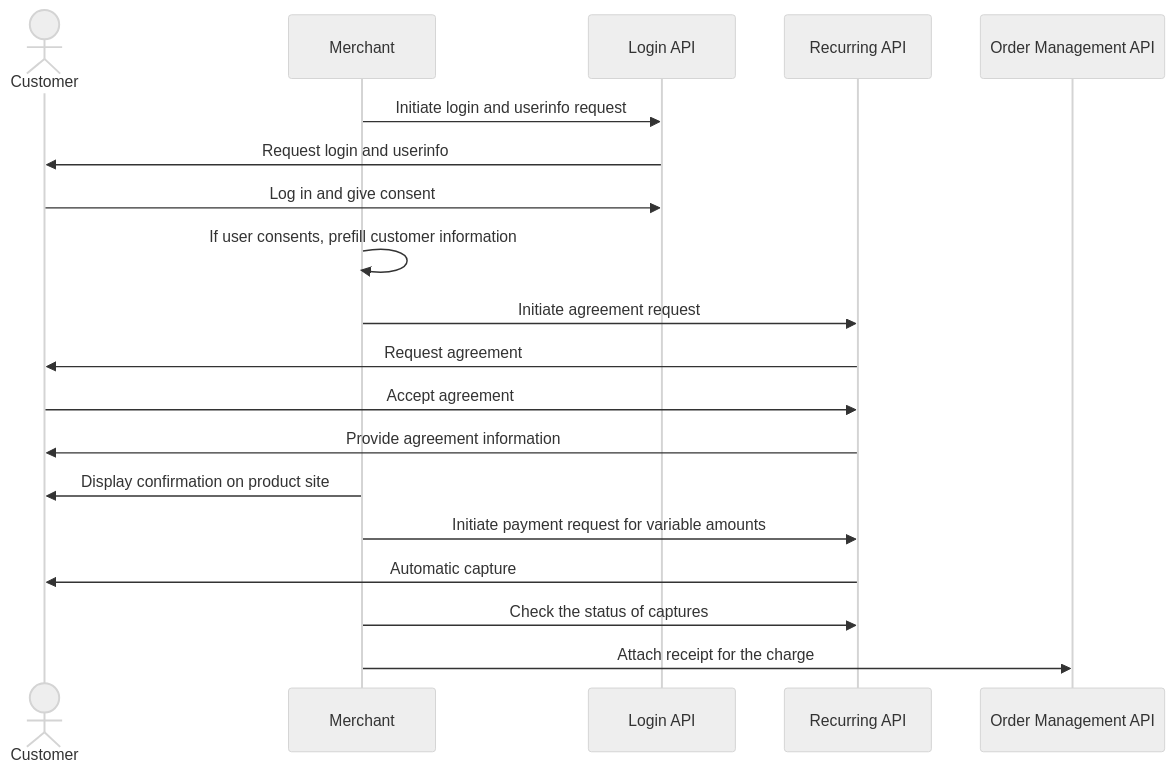
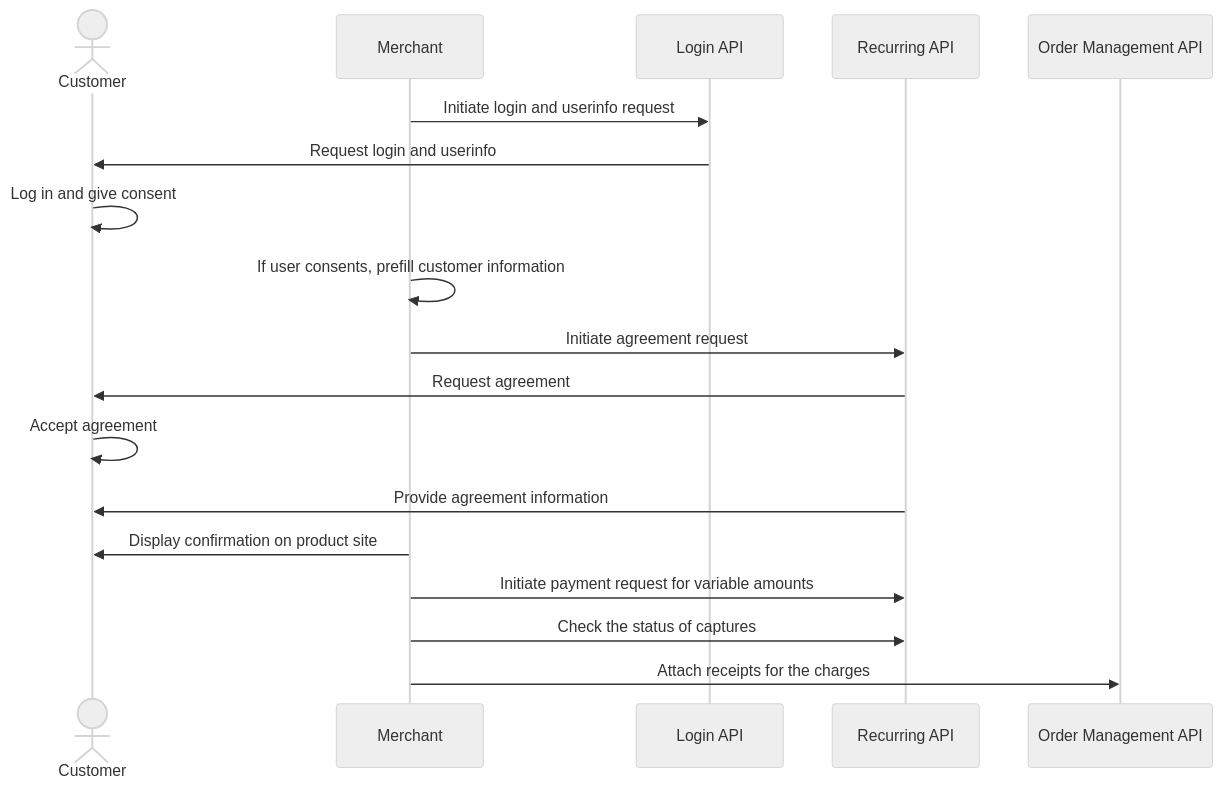
Before and after one commit to vippsas/vipps-solutions: the diagram in parking/README.md, drawn with Mermaid (neutral theme). The commit also changed 17 other files, not shown here.

Commit message:
Updates for customer approving and consenting in sequence diagrams

````diff
--- a/parking/README.md
+++ b/parking/README.md
@@ -217,22 +217,21 @@
 ``` mermaid
 sequenceDiagram
     actor C as Customer
     participant M as Merchant
     participant Login as Login API
     participant Recurring as Recurring API
     participant ordermanagement as Order Management API
 
     M->>Login: Initiate login and userinfo request
     Login->>C: Request login and userinfo
-    C->>Login: Log in and give consent
+    C->>C: Log in and give consent
     M->>M: If user consents, prefill customer information
     M->>Recurring: Initiate agreement request
     Recurring->>C: Request agreement
-    C->>Recurring: Accept agreement
+    C->>C: Accept agreement
     Recurring->>C: Provide agreement information
     M->>C: Display confirmation on product site
     M->>Recurring: Initiate payment request for variable amounts
-    Recurring->>C: Automatic capture
     M->>Recurring: Check the status of captures
-    M->> ordermanagement: Attach receipt for the charge
+    M->> ordermanagement: Attach receipts for the charges
 ```
````
